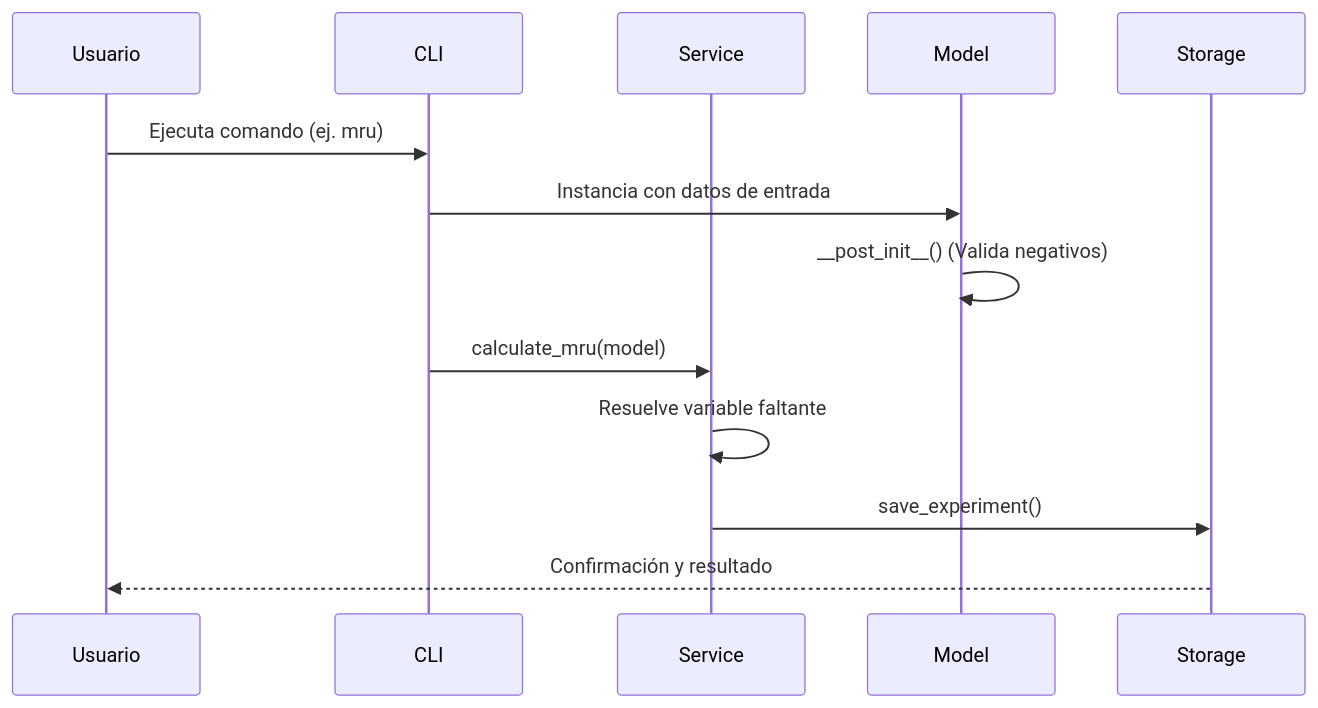
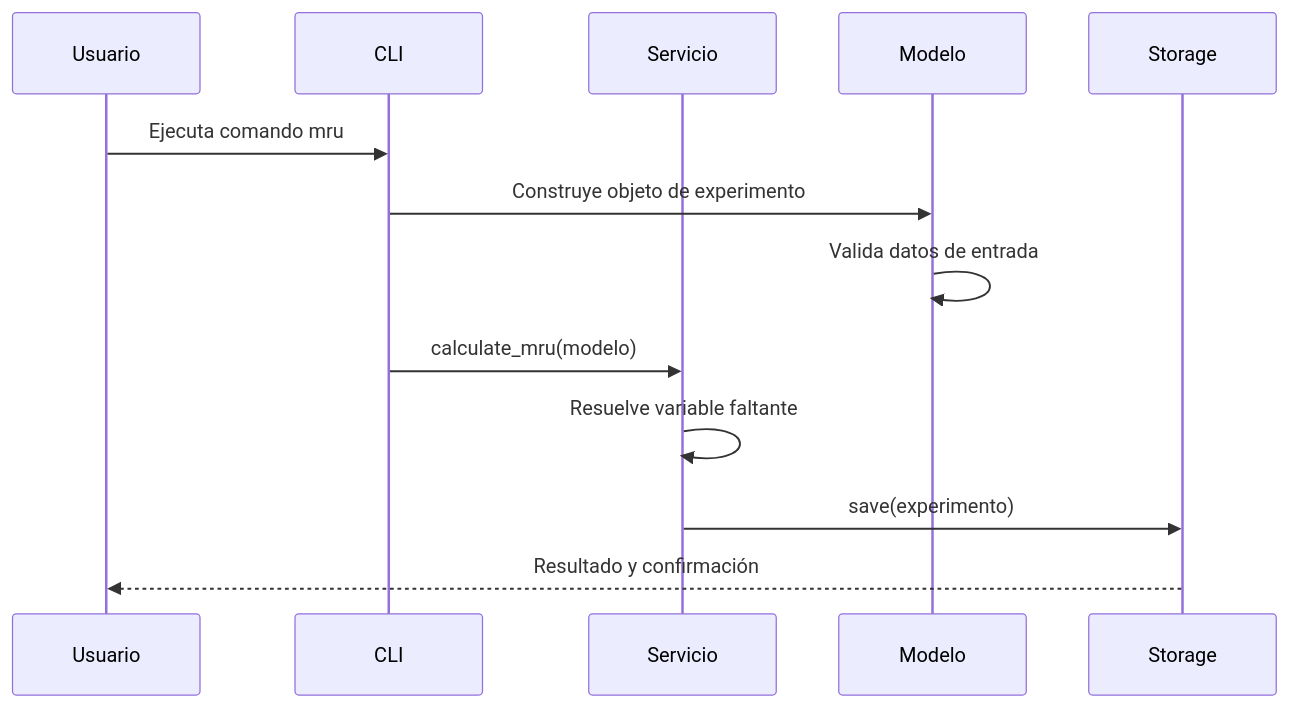
One commit to SamSof28/physilab-project changed the second of 2 diagrams in docs/index.md. Above: the diagram before and after it, drawn with Mermaid. The commit also changed other lines of this file and 5 other files, not shown here.

Commit message:
Enhance documentation across multiple files: clarify architecture, improve getting started guide, expand command usage, and detail data persistence structure.

````diff
--- a/docs/index.md
+++ b/docs/index.md
@@ -62,16 +44,16 @@
 ```mermaid
 sequenceDiagram
     participant Usuario
     participant CLI
-    participant Service
-    participant Model
+    participant Servicio
+    participant Modelo
     participant Storage
 
-    Usuario->>CLI: Ejecuta comando (ej. mru)
-    CLI->>Model: Instancia con datos de entrada
-    Model->>Model: __post_init__() (Valida negativos)
-    CLI->>Service: calculate_mru(model)
-    Service->>Service: Resuelve variable faltante
-    Service->>Storage: save_experiment()
-    Storage-->>Usuario: Confirmación y resultado
+    Usuario->>CLI: Ejecuta comando mru
+    CLI->>Modelo: Construye objeto de experimento
+    Modelo->>Modelo: Valida datos de entrada
+    CLI->>Servicio: calculate_mru(modelo)
+    Servicio->>Servicio: Resuelve variable faltante
+    Servicio->>Storage: save(experimento)
+    Storage-->>Usuario: Resultado y confirmación
 ```
````
